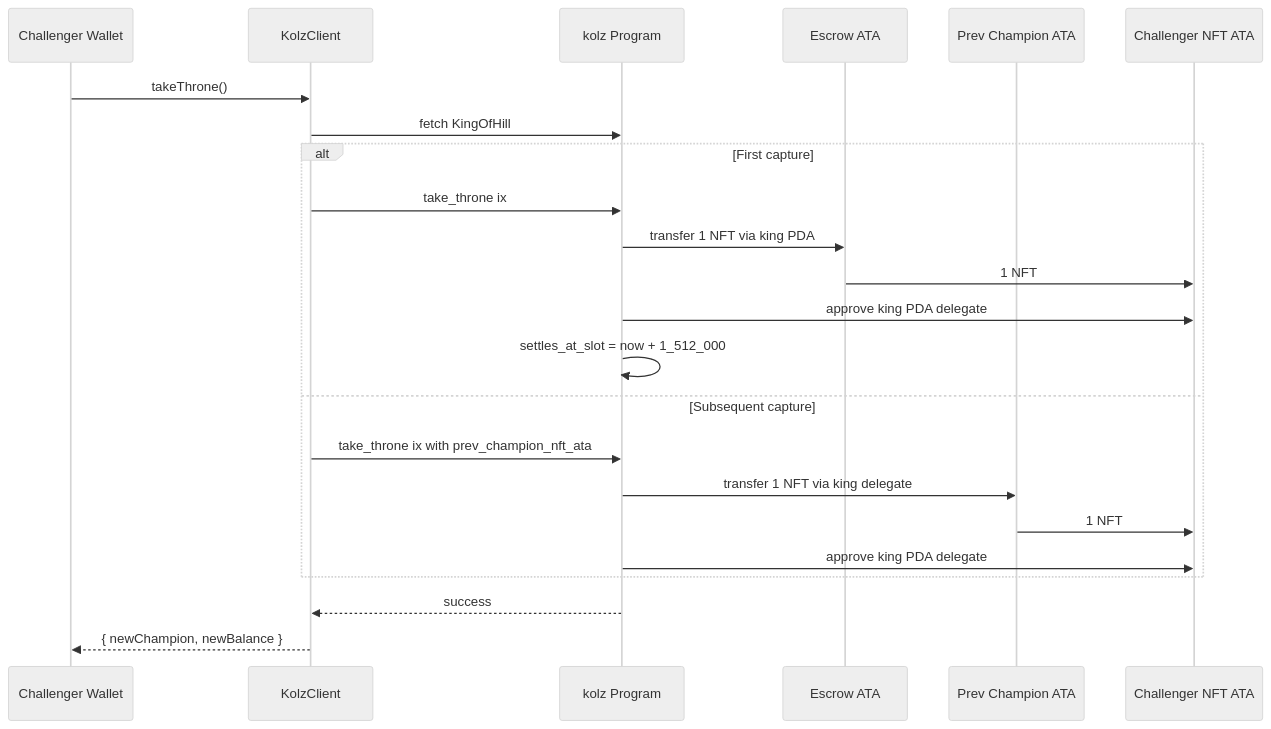
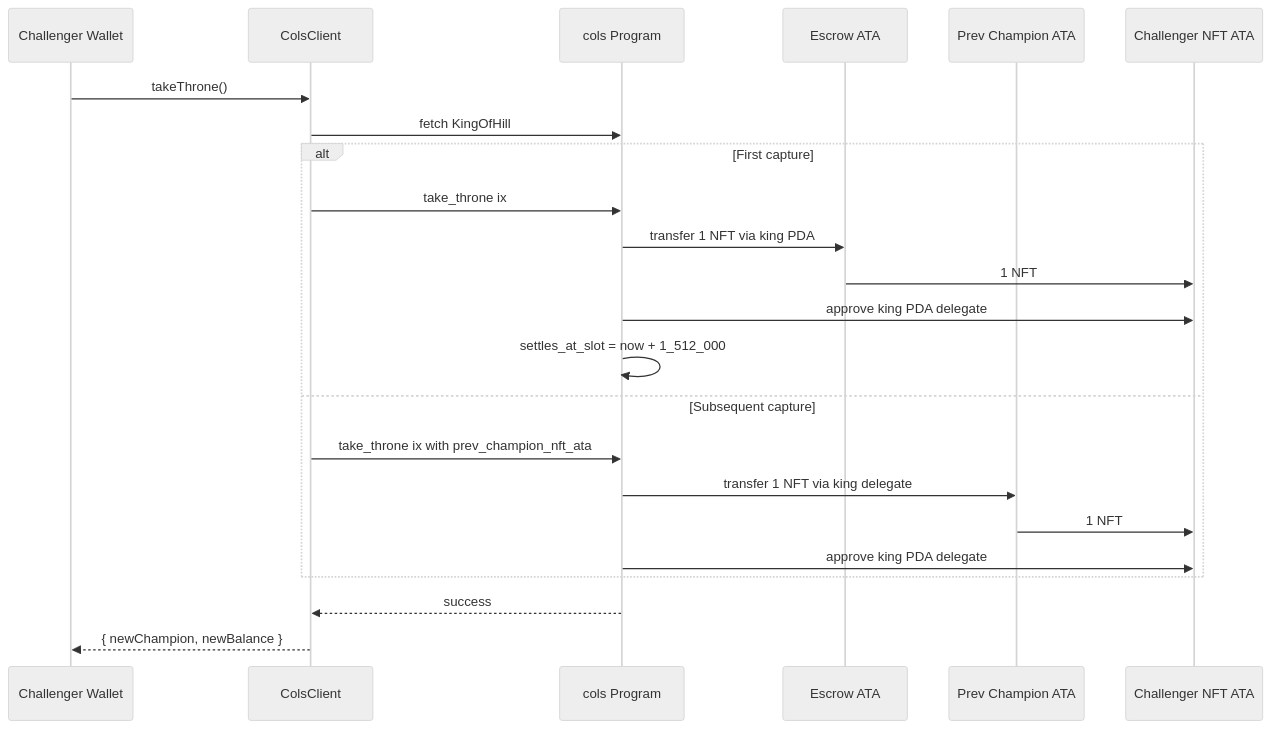
Before and after one commit to Kolzoo/kolz-protocol: the second of 2 diagrams in docs/throne.md, drawn with Mermaid (neutral theme). The commit also changed other lines of this file and 103 other files, not shown here.

Commit message:
refactor: rename project cols to cols across program, sdk, cli, docs

````diff
--- a/docs/throne.md
+++ b/docs/throne.md
@@ -78,26 +78,26 @@
 ```mermaid
 sequenceDiagram
     participant U as Challenger Wallet
-    participant SDK as KolzClient
-    participant P as kolz Program
+    participant SDK as ColsClient
+    participant P as cols Program
     participant ESC as Escrow ATA
     participant PREV as Prev Champion ATA
     participant ME as Challenger NFT ATA
 
     U->>SDK: takeThrone()
     SDK->>P: fetch KingOfHill
     alt First capture
         SDK->>P: take_throne ix
         P->>ESC: transfer 1 NFT via king PDA
         ESC->>ME: 1 NFT
         P->>ME: approve king PDA delegate
         P->>P: settles_at_slot = now + 1_512_000
     else Subsequent capture
         SDK->>P: take_throne ix with prev_champion_nft_ata
         P->>PREV: transfer 1 NFT via king delegate
         PREV->>ME: 1 NFT
         P->>ME: approve king PDA delegate
     end
     P-->>SDK: success
     SDK-->>U: { newChampion, newBalance }
 ```
````
